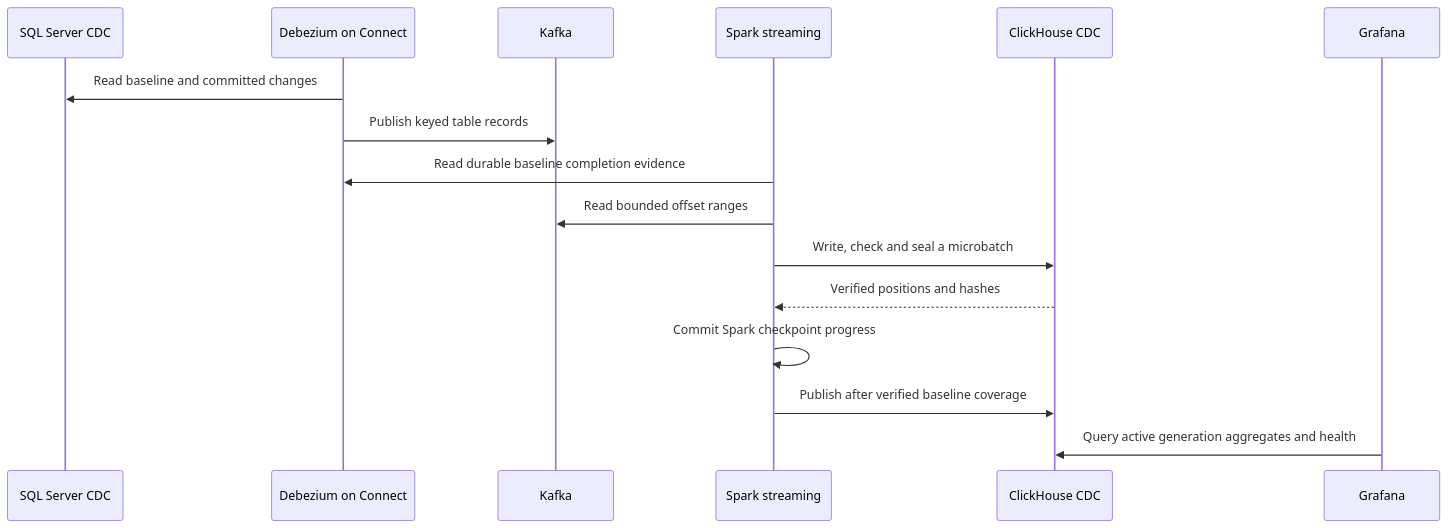
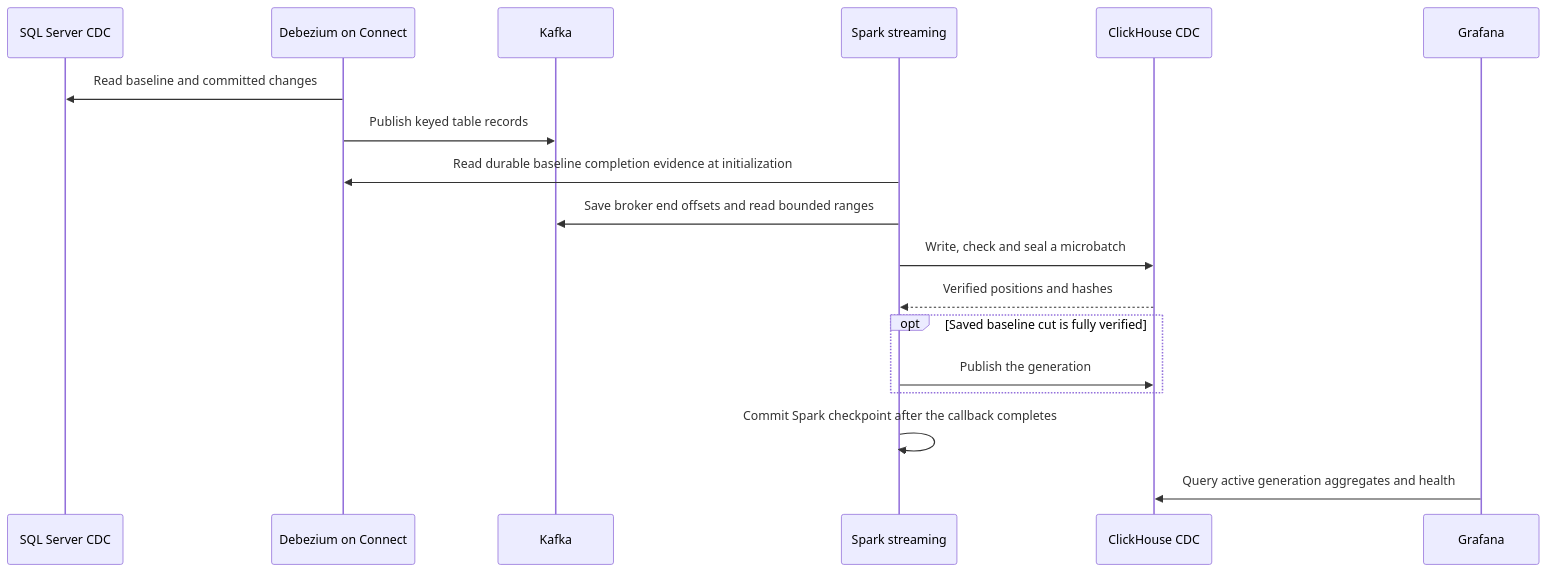
The diagram in docs/04-data-pipelines/cdc.md (pzolfaghari72/students-data-engineering-platform), drawn with Mermaid before and after one commit. The commit also changed other lines of this file and 134 other files, not shown here.

````diff
--- a/docs/04-data-pipelines/cdc.md
+++ b/docs/04-data-pipelines/cdc.md
@@ -5,18 +5,20 @@
 ```mermaid
 sequenceDiagram
     participant S as SQL Server CDC
     participant D as Debezium on Connect
     participant K as Kafka
     participant P as Spark streaming
     participant C as ClickHouse CDC
     participant G as Grafana
     D->>S: Read baseline and committed changes
     D->>K: Publish keyed table records
-    P->>D: Read durable baseline completion evidence
-    P->>K: Read bounded offset ranges
+    P->>D: Read durable baseline completion evidence at initialization
+    P->>K: Save broker end offsets and read bounded ranges
     P->>C: Write, check and seal a microbatch
     C-->>P: Verified positions and hashes
-    P->>P: Commit Spark checkpoint progress
-    P->>C: Publish after verified baseline coverage
+    opt Saved baseline cut is fully verified
+        P->>C: Publish the generation
+    end
+    P->>P: Commit Spark checkpoint after the callback completes
     G->>C: Query active generation aggregates and health
 ```
````
